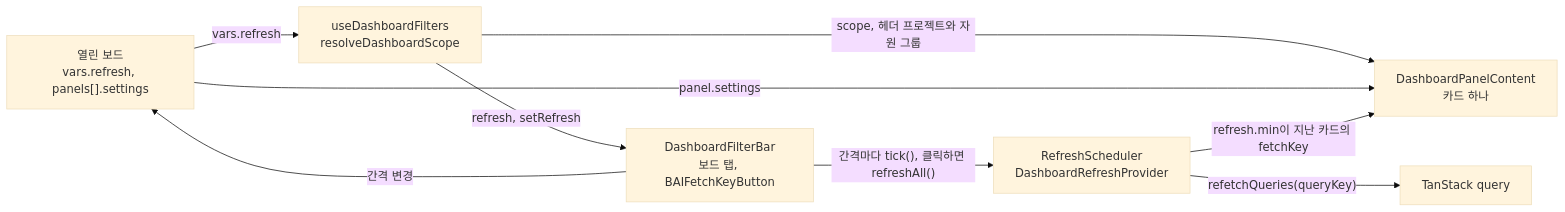
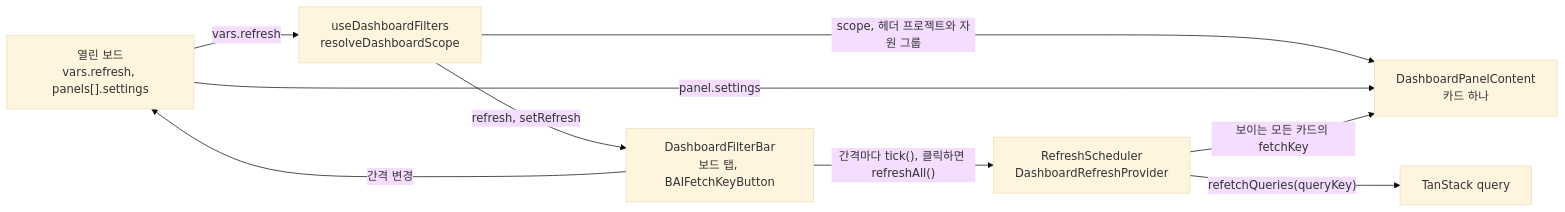
The first of 2 diagrams in docs/adr/0017-dashboard-filter-bar.md (lablup/backend.ai-webui), drawn with Mermaid (base theme) before and after one commit. The commit also changed other lines of this file and 13 other files, not shown here.

````diff
--- a/docs/adr/0017-dashboard-filter-bar.md
+++ b/docs/adr/0017-dashboard-filter-bar.md
@@ -24,17 +24,17 @@
 ```mermaid
 flowchart LR
   board["열린 보드<br/>vars.refresh, panels[].settings"]
   hook["useDashboardFilters<br/>resolveDashboardScope"]
   bar["DashboardFilterBar<br/>보드 탭, BAIFetchKeyButton"]
   sched["RefreshScheduler<br/>DashboardRefreshProvider"]
   content["DashboardPanelContent<br/>카드 하나"]
   tan["TanStack query"]
   board -- "vars.refresh" --> hook
   hook -- "refresh, setRefresh" --> bar
   bar -- "간격 변경" --> board
   bar -- "간격마다 tick(), 클릭하면 refreshAll()" --> sched
   hook -- "scope, 헤더 프로젝트와 자원 그룹" --> content
   board -- "panel.settings" --> content
-  sched -- "refresh.min이 지난 카드의 fetchKey" --> content
+  sched -- "보이는 모든 카드의 fetchKey" --> content
   sched -- "refetchQueries(queryKey)" --> tan
 ```
````
